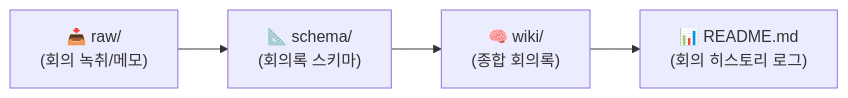
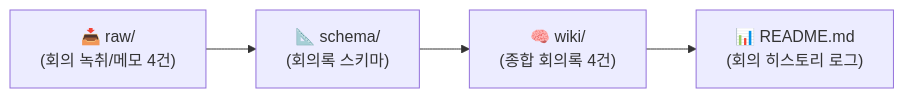
The diagram in 회의/README.md (semi282/AMANBO), drawn with Mermaid before and after one commit. The commit also changed other lines of this file and 16 other files, not shown here.

````diff
--- a/회의/README.md
+++ b/회의/README.md
@@ -29,6 +30,6 @@
 ```mermaid
 flowchart LR
-    A["📥 raw/<br>(회의 녹취/메모)"] --> B["📐 schema/<br>(회의록 스키마)"]
-    B --> C["🧠 wiki/<br>(종합 회의록)"]
+    A["📥 raw/<br>(회의 녹취/메모 4건)"] --> B["📐 schema/<br>(회의록 스키마)"]
+    B --> C["🧠 wiki/<br>(종합 회의록 4건)"]
     C --> D["📊 README.md<br>(회의 히스토리 로그)"]
 ```
````
